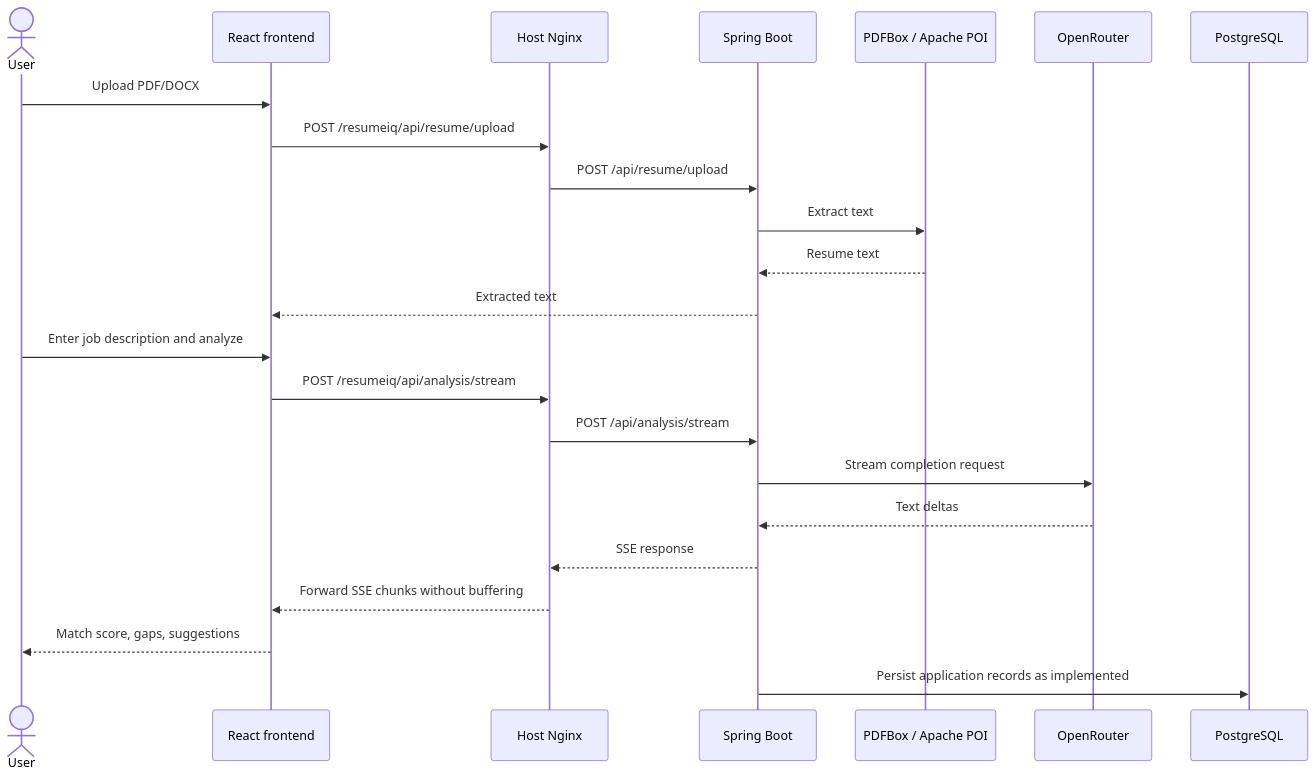
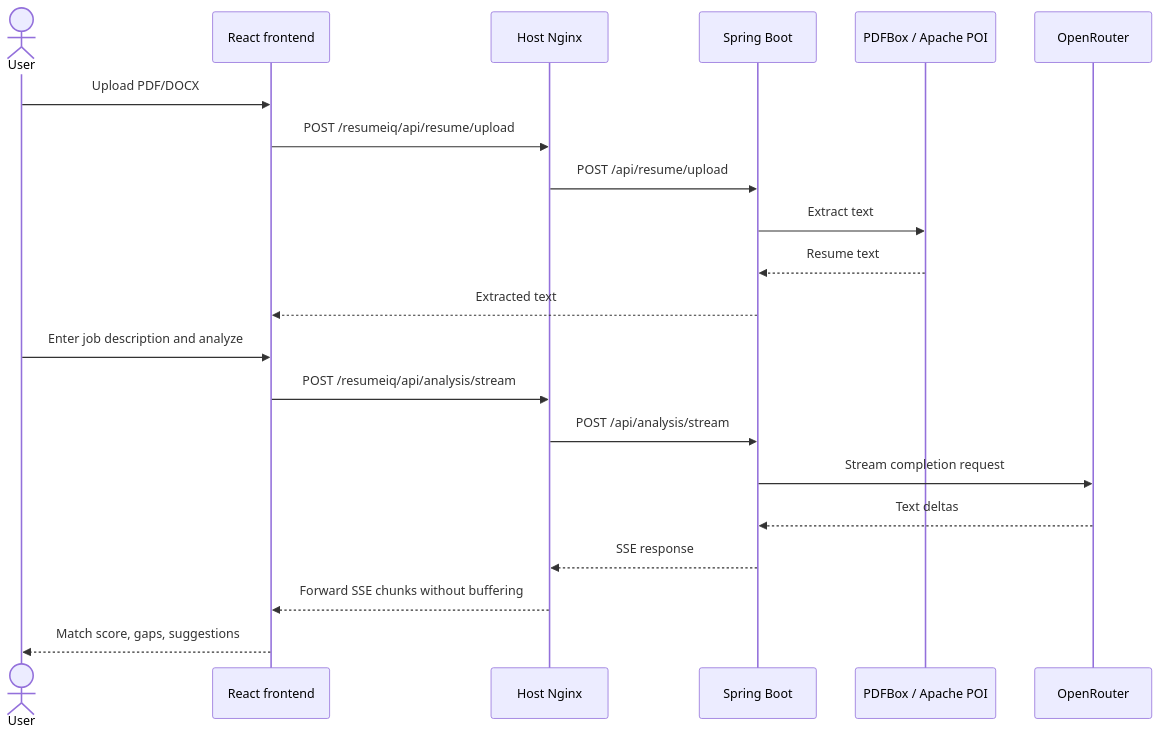
Before and after one commit to rajan-kumar-dev/ResumeIQ: the second of 2 diagrams in docs/architecture.md, drawn with Mermaid. The commit also changed other lines of this file, not shown here.

Commit message:
Align architecture notes with implemented persistence behavior

```diff
--- a/docs/architecture.md
+++ b/docs/architecture.md
@@ -51,26 +51,24 @@
 ~~~mermaid
 sequenceDiagram
     actor User
     participant UI as React frontend
     participant N as Host Nginx
     participant API as Spring Boot
     participant Parser as PDFBox / Apache POI
     participant AI as OpenRouter
-    participant DB as PostgreSQL
 
     User->>UI: Upload PDF/DOCX
     UI->>N: POST /resumeiq/api/resume/upload
     N->>API: POST /api/resume/upload
     API->>Parser: Extract text
     Parser-->>API: Resume text
     API-->>UI: Extracted text
     User->>UI: Enter job description and analyze
     UI->>N: POST /resumeiq/api/analysis/stream
     N->>API: POST /api/analysis/stream
     API->>AI: Stream completion request
     AI-->>API: Text deltas
     API-->>N: SSE response
     N-->>UI: Forward SSE chunks without buffering
     UI-->>User: Match score, gaps, suggestions
-    API->>DB: Persist application records as implemented
 ~~~
```
